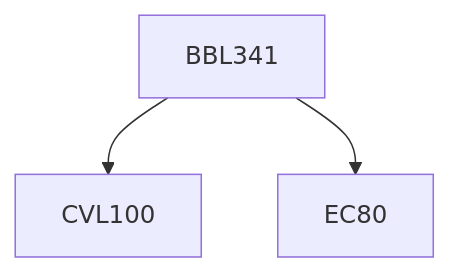
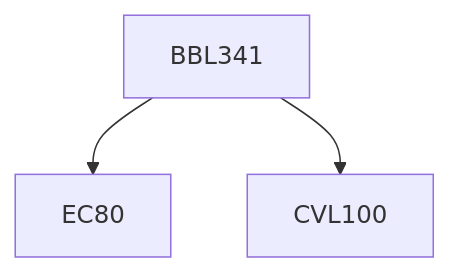
One commit to KeshavBansal0122/CoS_Website changed the diagram in content/Biochemical Engineering and Biotechnology/BBL341.md. Above: the diagram before and after it, drawn with Mermaid. The commit also changed other lines of this file and 392 other files, not shown here.

````diff
--- a/content/Biochemical Engineering and Biotechnology/BBL341.md
+++ b/content/Biochemical Engineering and Biotechnology/BBL341.md
@@ -13,9 +13,9 @@
 ```mermaid
 flowchart TD
 BBL341-73[BBL341]
+BBL341-73 --> EC80-73[EC80]
 BBL341-73 --> CVL100-73[CVL100]
-BBL341-73 --> EC80-73[EC80]
 
 classDef empty height:17px, fill:transparent, stroke:transparent;
 classDef trueEmpty height:0px, width:0px;
 ```
````
